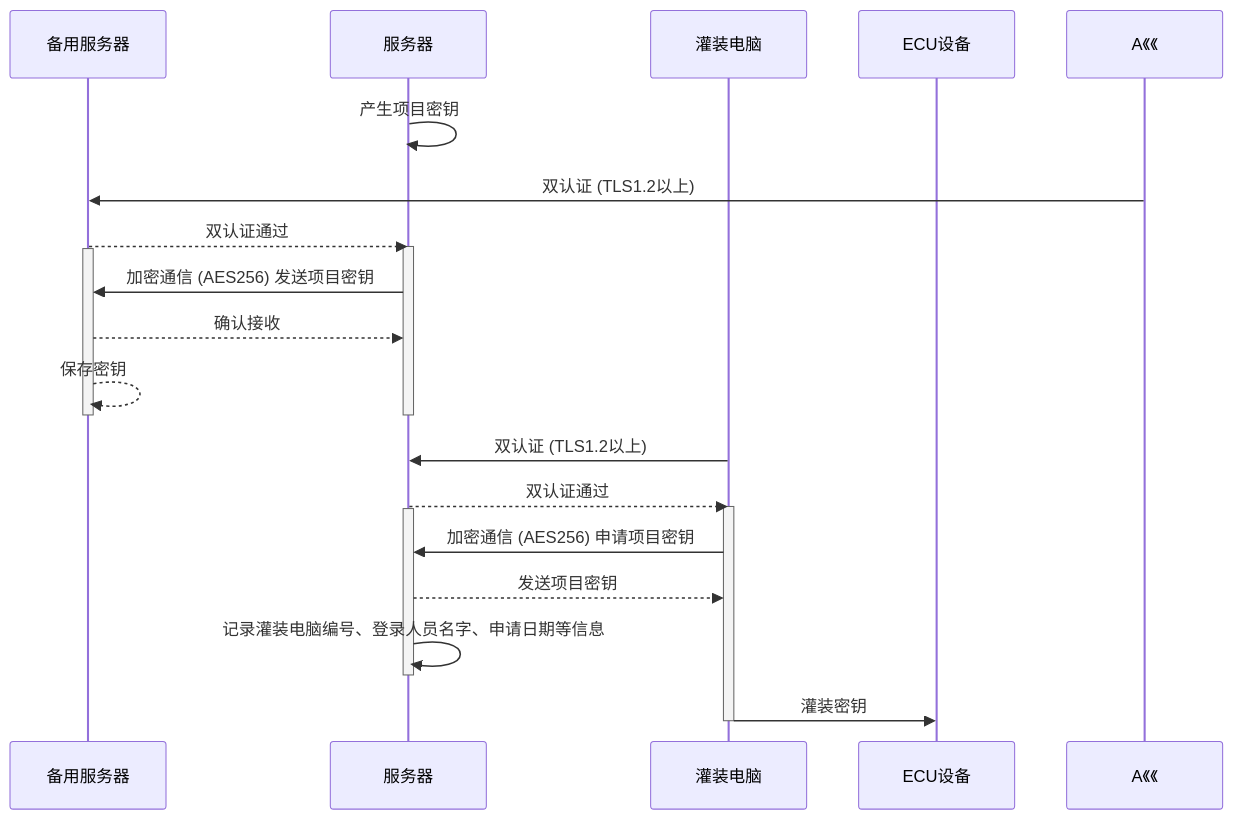
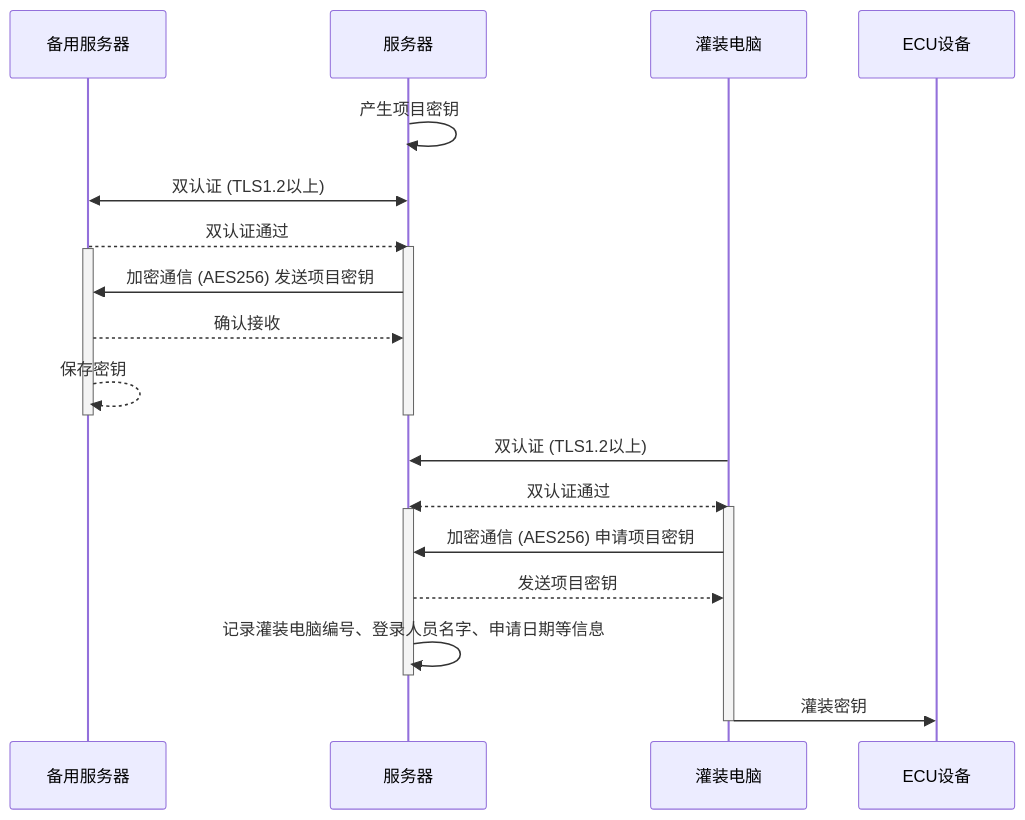
One commit to facebook-cloud/iodraw-files changed the diagram in all/未命名-10.md. Above: the diagram before and after it, drawn with Mermaid.

Commit message:
2026-01-14 19:09:55 update

````diff
--- a/all/未命名-10.md
+++ b/all/未命名-10.md
@@ -1,30 +1,30 @@
 ```mermaid
 sequenceDiagram
     participant B as 备用服务器
     participant A as 服务器
     participant C as 灌装电脑
     participant D as ECU设备
 
     A->>A: 产生项目密钥
-    A《《->>B: 双认证 (TLS1.2以上)
+    A<<->>B: 双认证 (TLS1.2以上)
     B-->>A: 双认证通过
     activate A
     activate B
     A->>B: 加密通信 (AES256) 发送项目密钥
     B-->>A: 确认接收
     B-->>B: 保存密钥
     deactivate B
     deactivate A
 
     C->>A: 双认证 (TLS1.2以上)
-    A-->>C: 双认证通过
+    A<<-->>C: 双认证通过
     activate C
     activate A
     C->>A: 加密通信 (AES256) 申请项目密钥
     A-->>C: 发送项目密钥
     A->>A: 记录灌装电脑编号、登录人员名字、申请日期等信息
     deactivate A
     C->>D: 灌装密钥
     deactivate C
 
 ```
````
